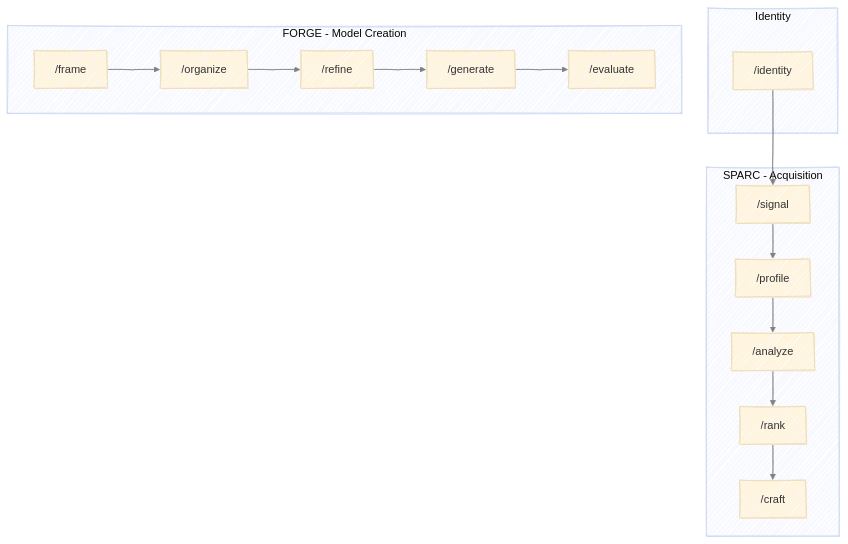
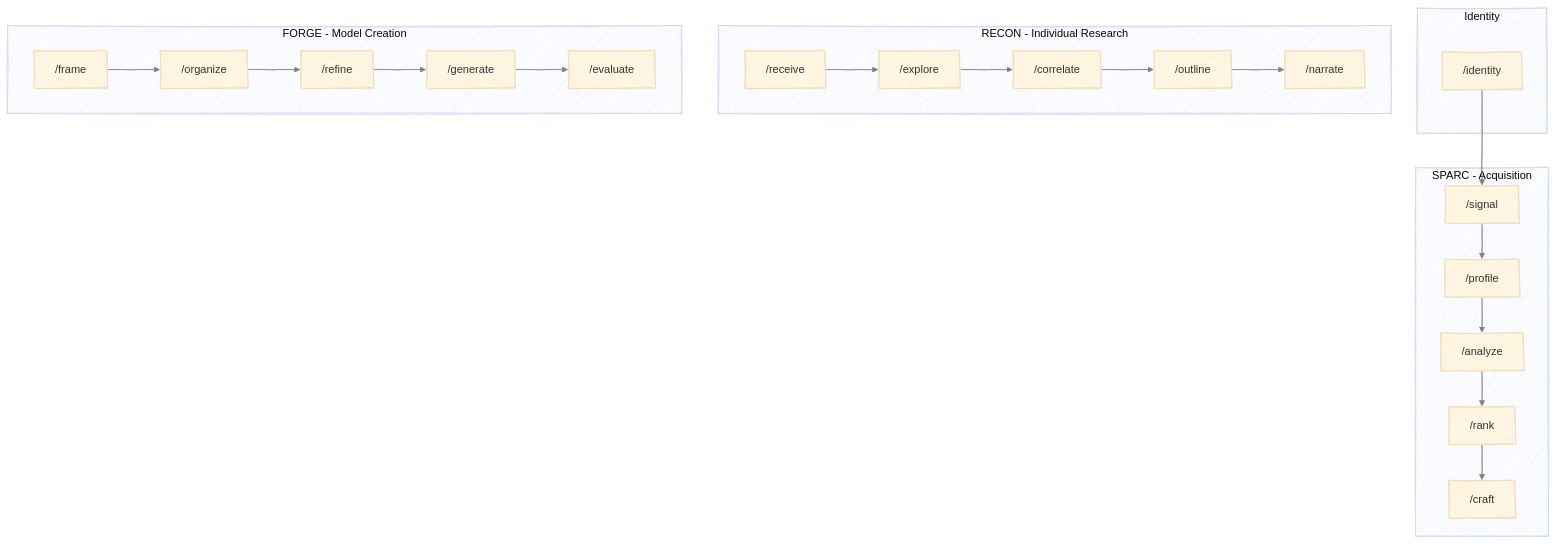
The diagram in docs/guides/execution.md (athrael-soju/framework-generator), drawn with Mermaid before and after one commit. The commit also changed other lines of this file and 10 other files, not shown here.

Commit message:
Implement RECON model stages: Receive, Explore, Correlate, Outline, and Narrate. Add documentation and execution guides for individual research framework.

````diff
--- a/docs/guides/execution.md
+++ b/docs/guides/execution.md
@@ -5,30 +5,37 @@
 ```mermaid
 ---
 config:
   layout: dagre
   look: handDrawn
   theme: base
   themeVariables:
     lineColor: gray
 ---
 flowchart TB
     subgraph Foundation ["Identity"]
         Identity["/identity"]
     end
 
     subgraph SPARC ["SPARC - Acquisition"]
         S["/signal"] --> P["/profile"]
         P --> A["/analyze"]
         A --> R["/rank"]
         R --> C["/craft"]
     end
 
+    subgraph RECON ["RECON - Individual Research"]
+        Rc["/receive"] --> Ex["/explore"]
+        Ex --> Co["/correlate"]
+        Co --> Ou["/outline"]
+        Ou --> Na["/narrate"]
+    end
+
     subgraph FORGE ["FORGE - Model Creation"]
         Fr["/frame"] --> O["/organize"]
         O --> Re["/refine"]
         Re --> G["/generate"]
         G --> E["/evaluate"]
     end
 
     Identity --> S
 ```
````
